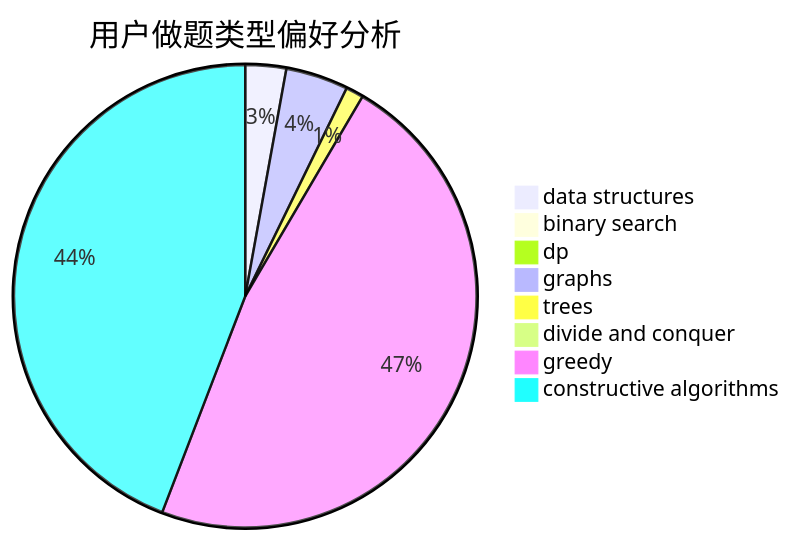
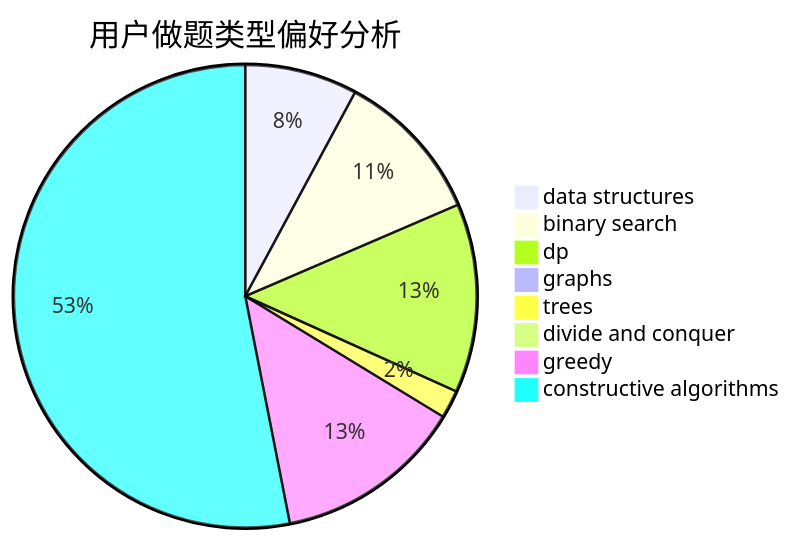
One commit to sherpahu/cfrs.github.io changed the second of 3 diagrams in docs/user/u1813.md. Above: the diagram before and after it, drawn with Mermaid. The commit also changed other lines of this file and 2770 other files, not shown here.

````diff
--- a/docs/user/u1813.md
+++ b/docs/user/u1813.md
@@ -23,11 +23,11 @@
 ```mermaid
 pie title 用户做题类型偏好分析
-    "data structures" :  30
-    "binary search" :  8
-    "dp" :  4
-    "graphs" :  46
-    "trees" :  13
-    "divide and conquer" :  0
-    "greedy" :  499
-    "constructive algorithms" :  465
+    "data structures" :  28
+    "binary search" :  38
+    "dp" :  47
+    "graphs" :  3
+    "trees" :  7
+    "divide and conquer" :  1
+    "greedy" :  47
+    "constructive algorithms" :  189
 ```
````
